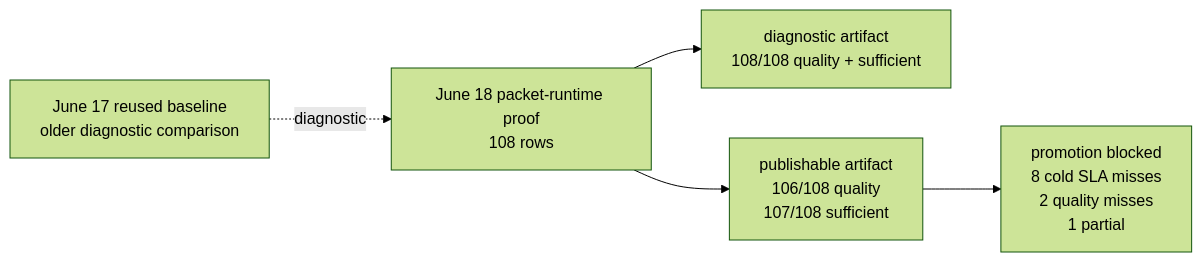
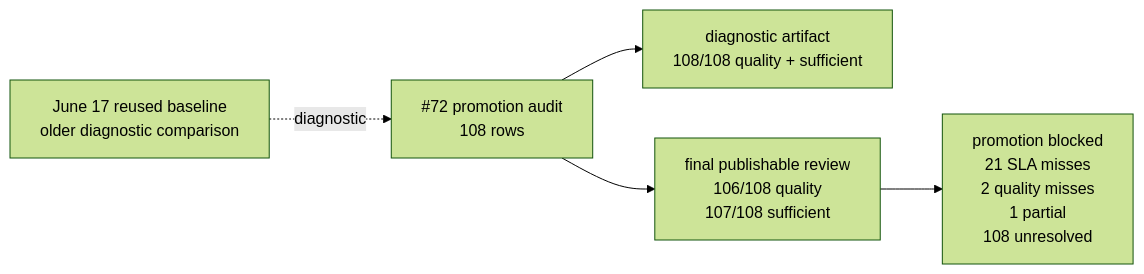
The diagram in docs/testing/benchmark-ledger.md (TheGreenCedar/CodeStory), drawn with Mermaid (forest theme) before and after one commit. The commit also changed other lines of this file and 5 other files, not shown here.

````diff
--- a/docs/testing/benchmark-ledger.md
+++ b/docs/testing/benchmark-ledger.md
@@ -33,12 +32,12 @@
 ```mermaid
 flowchart LR
-    run["June 18 packet-runtime proof<br/>108 rows"]
+    run["#72 promotion audit<br/>108 rows"]
     diag["diagnostic artifact<br/>108/108 quality + sufficient"]
-    pub["publishable artifact<br/>106/108 quality<br/>107/108 sufficient"]
-    block["promotion blocked<br/>8 cold SLA misses<br/>2 quality misses<br/>1 partial"]
+    pub["final publishable review<br/>106/108 quality<br/>107/108 sufficient"]
+    block["promotion blocked<br/>21 SLA misses<br/>2 quality misses<br/>1 partial<br/>108 unresolved"]
     old["June 17 reused baseline<br/>older diagnostic comparison"]
     run --> diag
     run --> pub
     pub --> block
     old -. diagnostic .-> run
 ```
````
